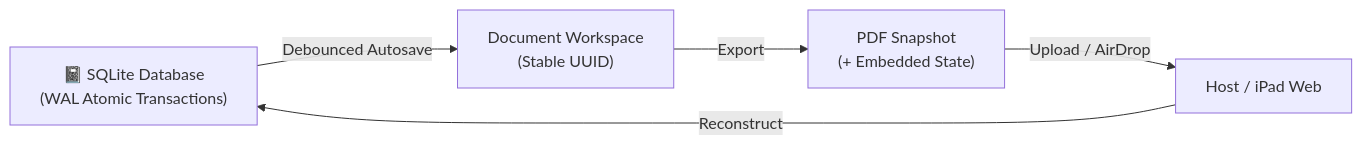
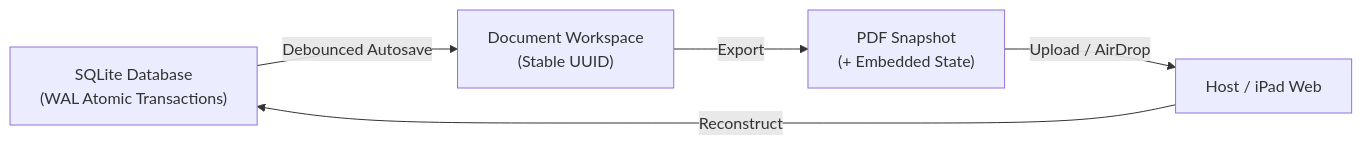
The diagram in README.md (Shomay12/DevNotes), drawn with Mermaid before and after one commit. The commit also changed other lines of this file and 3 other files, not shown here.

````diff
--- a/README.md
+++ b/README.md
@@ -162,7 +167,7 @@
 ```mermaid
 flowchart LR
-    A["📓 SQLite Database<br/>(WAL Atomic Transactions)"] -->|"Debounced Autosave"| B["Document Workspace<br/>(Stable UUID)"]
+    A["SQLite Database<br/>(WAL Atomic Transactions)"] -->|"Debounced Autosave"| B["Document Workspace<br/>(Stable UUID)"]
     B -->|"Export"| C["PDF Snapshot<br/>(+ Embedded State)"]
     C -->|"Upload / AirDrop"| D["Host / iPad Web"]
     D -->|"Reconstruct"| A
 ```
````
